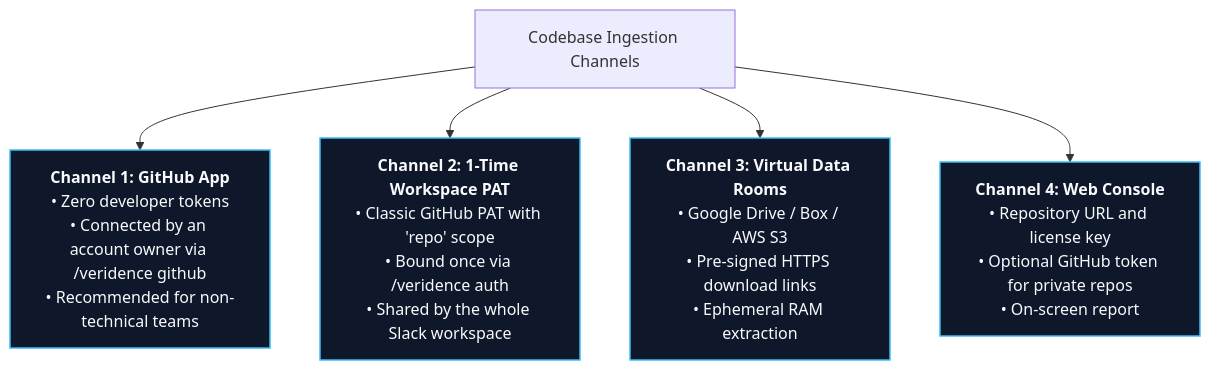
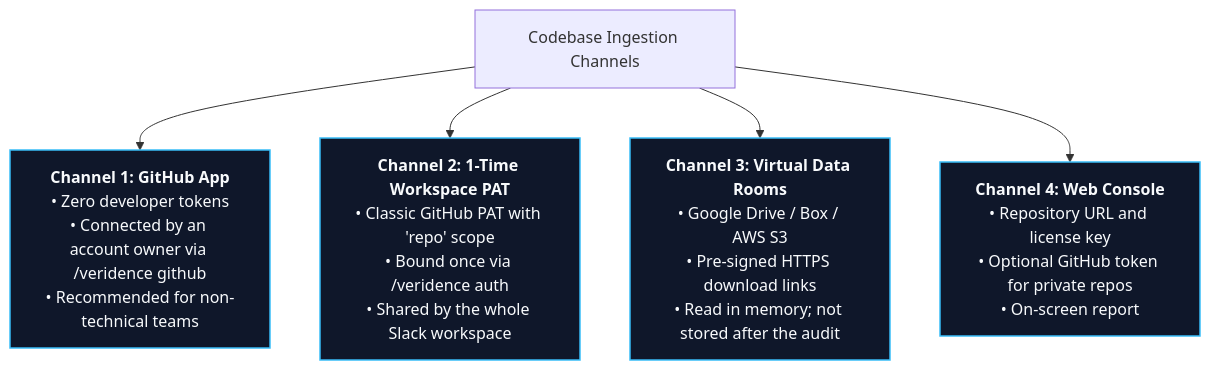
Before and after one commit to Agiphi-Inc/veridence-sovereign-engine: the diagram in docs/INGESTION-GUIDE.md, drawn with Mermaid. The commit also changed other lines of this file and 4 other files, not shown here.

````diff
--- a/docs/INGESTION-GUIDE.md
+++ b/docs/INGESTION-GUIDE.md
@@ -7,12 +7,12 @@
 ```mermaid
 flowchart TD
     Ingest["Codebase Ingestion Channels"]
     
     Ingest --> App["<b>Channel 1: GitHub App</b><br/>• Zero developer tokens<br/>• Connected by an account owner via /veridence github<br/>• Recommended for non-technical teams"]
     Ingest --> PAT["<b>Channel 2: 1-Time Workspace PAT</b><br/>• Classic GitHub PAT with 'repo' scope<br/>• Bound once via /veridence auth<br/>• Shared by the whole Slack workspace"]
-    Ingest --> VDR["<b>Channel 3: Virtual Data Rooms</b><br/>• Google Drive / Box / AWS S3<br/>• Pre-signed HTTPS download links<br/>• Ephemeral RAM extraction"]
+    Ingest --> VDR["<b>Channel 3: Virtual Data Rooms</b><br/>• Google Drive / Box / AWS S3<br/>• Pre-signed HTTPS download links<br/>• Read in memory; not stored after the audit"]
     Ingest --> Web["<b>Channel 4: Web Console</b><br/>• Repository URL and license key<br/>• Optional GitHub token for private repos<br/>• On-screen report"]
 
     classDef chan fill:#0f172a,stroke:#38bdf8,stroke-width:1.5px,color:#f8fafc;
     class App,PAT,VDR,Web chan;
 ```
````
